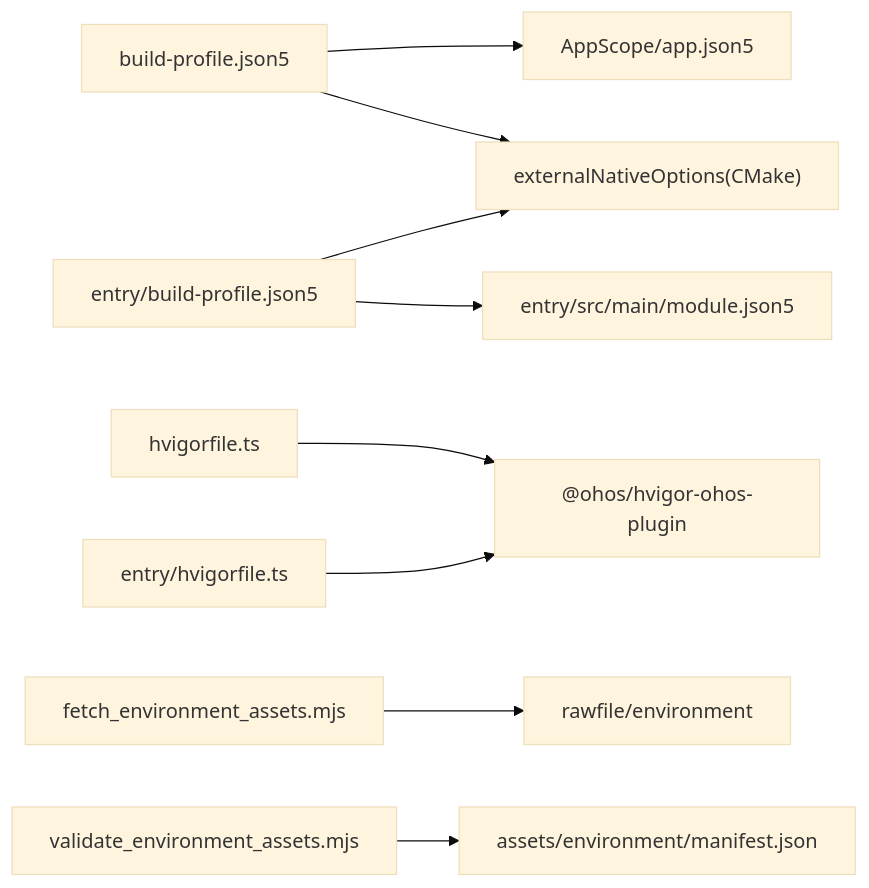
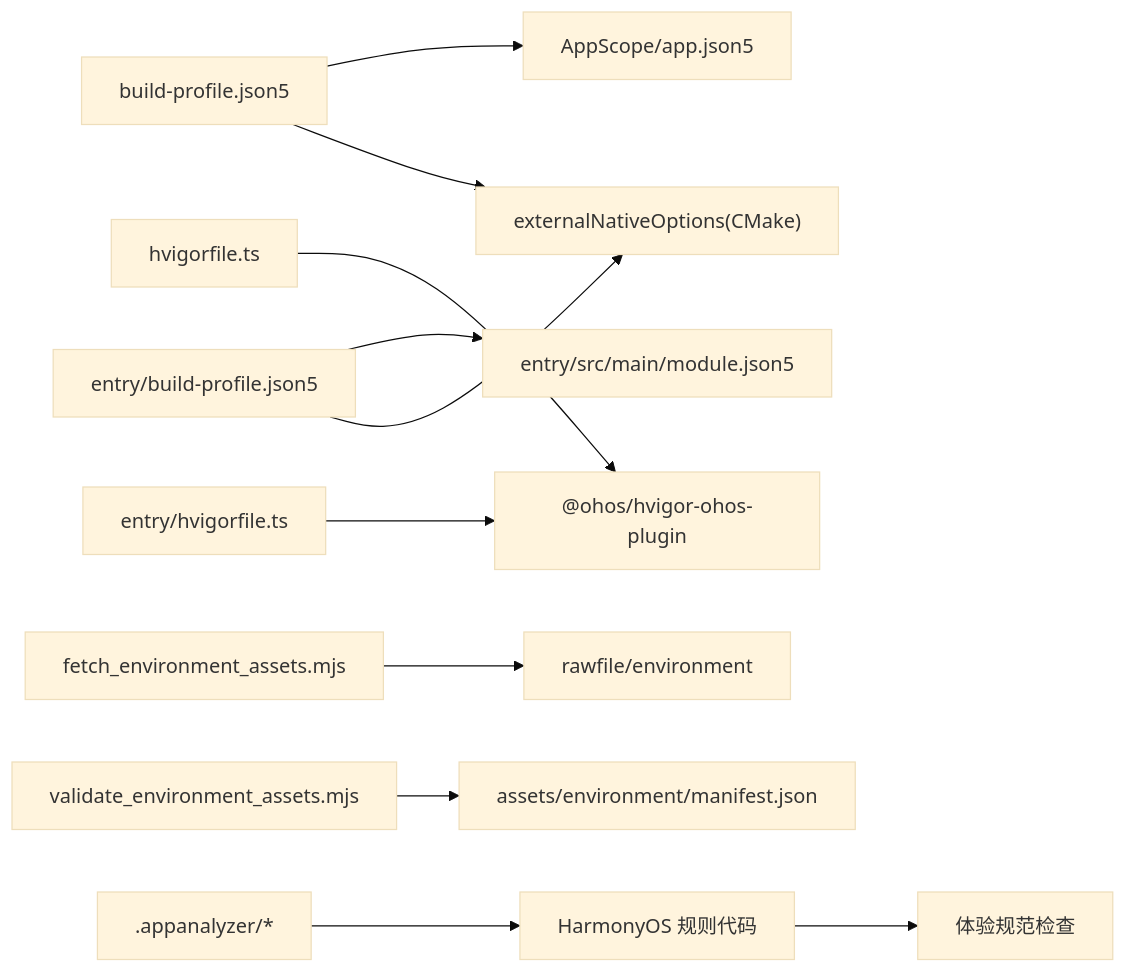
The seventh of 7 diagrams in .qoder/repowiki/zh/content/构建与部署/构建配置.md (sj123sheng/my-world), drawn with Mermaid (base theme) before and after one commit. The commit also changed other lines of this file and 160 other files, not shown here.

````diff
--- a/.qoder/repowiki/zh/content/构建与部署/构建配置.md
+++ b/.qoder/repowiki/zh/content/构建与部署/构建配置.md
@@ -303,11 +380,13 @@
 ```mermaid
 graph LR
 BP["build-profile.json5"] --> APP["AppScope/app.json5"]
 MBP["entry/build-profile.json5"] --> MOD["entry/src/main/module.json5"]
 HV["hvigorfile.ts"] --> PLG["@ohos/hvigor-ohos-plugin"]
 MHV["entry/hvigorfile.ts"] --> PLG
 BP --> NCFG["externalNativeOptions(CMake)"]
 MBP --> NCFG
 RES["fetch_environment_assets.mjs"] --> RAW["rawfile/environment"]
 VAL["validate_environment_assets.mjs"] --> MAN["assets/environment/manifest.json"]
+APPANALYZER[".appanalyzer/*"] --> RULES["HarmonyOS 规则代码"]
+RULES --> QUALITY["体验规范检查"]
 ```
````
